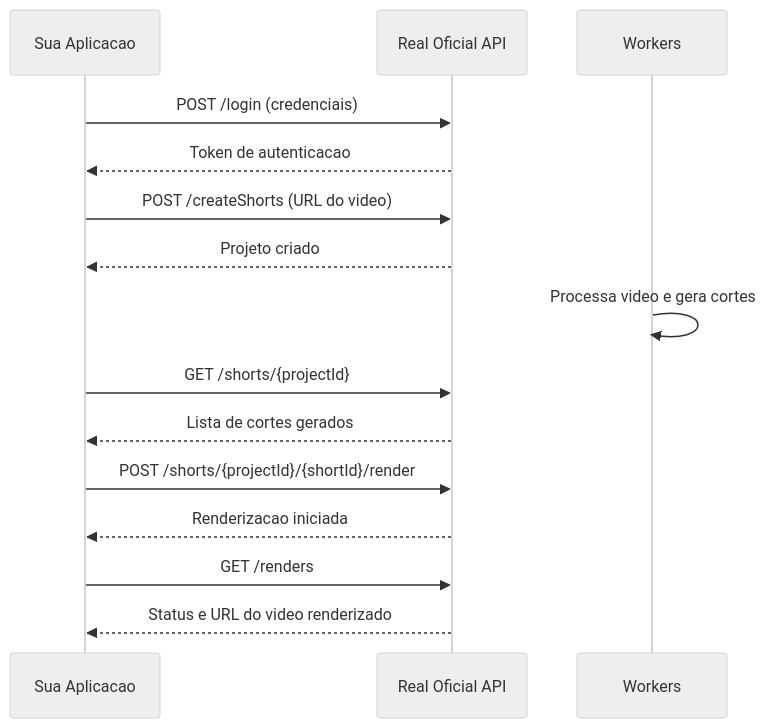
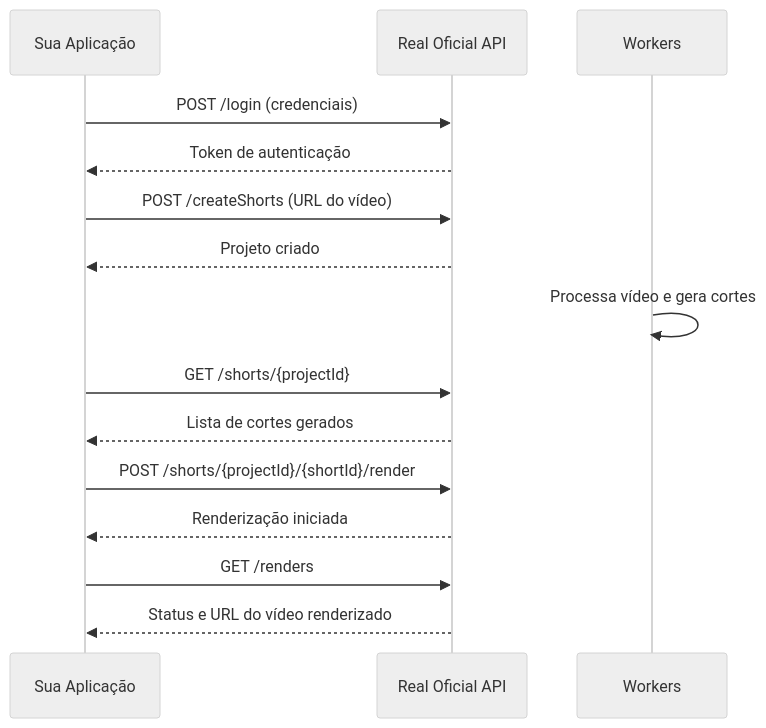
One commit to acgfbr/realoficial-docs changed the diagram in introduction.mdx. Above: the diagram before and after it, drawn with Mermaid (neutral theme). The commit also changed other lines of this file and 39 other files, not shown here.

````diff
--- a/introduction.mdx
+++ b/introduction.mdx
@@ -61,23 +61,23 @@
 ```mermaid
 sequenceDiagram
-    participant App as Sua Aplicacao
+    participant App as Sua Aplicação
     participant API as Real Oficial API
     participant Worker as Workers
 
     App->>API: POST /login (credenciais)
-    API-->>App: Token de autenticacao
+    API-->>App: Token de autenticação
 
-    App->>API: POST /createShorts (URL do video)
+    App->>API: POST /createShorts (URL do vídeo)
     API-->>App: Projeto criado
 
-    Worker->>Worker: Processa video e gera cortes
+    Worker->>Worker: Processa vídeo e gera cortes
 
     App->>API: GET /shorts/{projectId}
     API-->>App: Lista de cortes gerados
 
     App->>API: POST /shorts/{projectId}/{shortId}/render
-    API-->>App: Renderizacao iniciada
+    API-->>App: Renderização iniciada
 
     App->>API: GET /renders
-    API-->>App: Status e URL do video renderizado
+    API-->>App: Status e URL do vídeo renderizado
 ```
````
